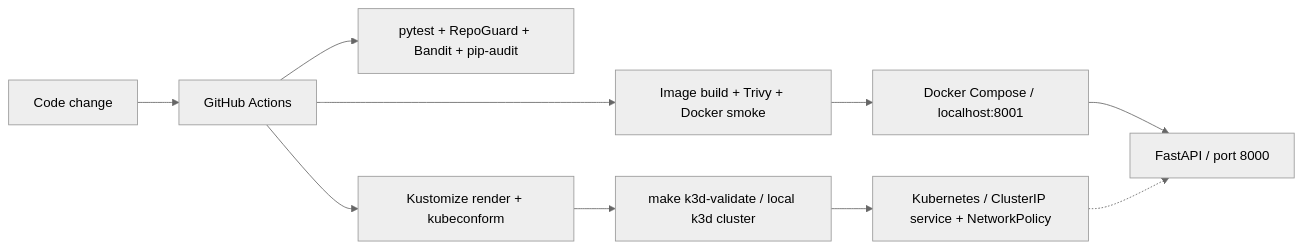
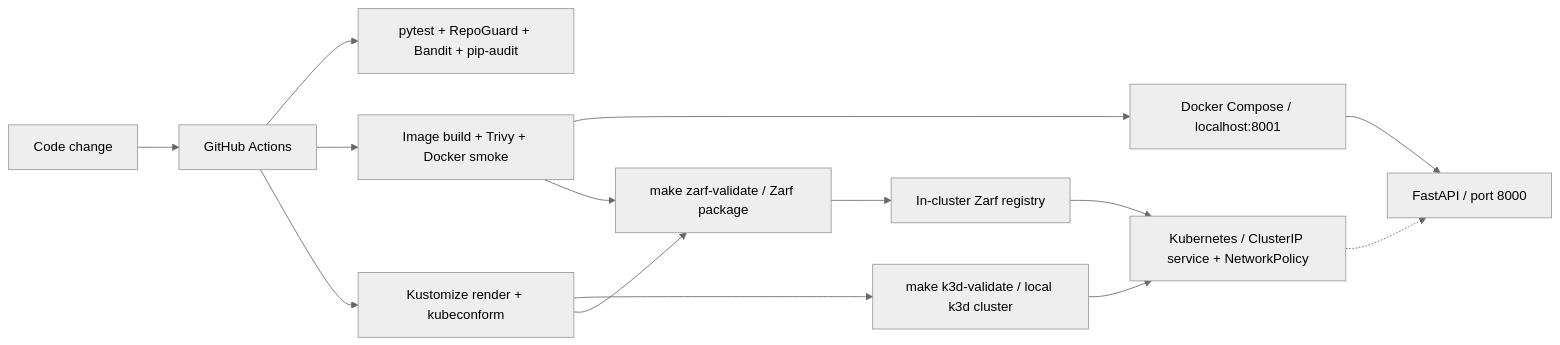
Before and after one commit to kev07hrndz-dot/platform-engineering-lab: the diagram in README.md, drawn with Mermaid (neutral theme). The commit also changed other lines of this file and 11 other files, not shown here.

First line of the commit message:
feat(zarf): package the service and validate delivery on k3d

````diff
--- a/README.md
+++ b/README.md
@@ -20,12 +21,16 @@
 ```mermaid
 flowchart LR
     Change[Code change] --> CI[GitHub Actions]
     CI --> Python[pytest + RepoGuard + Bandit + pip-audit]
     CI --> Container[Image build + Trivy + Docker smoke]
     CI --> Manifests[Kustomize render + kubeconform]
     Container --> Local[Docker Compose / localhost:8001]
     Local --> API[FastAPI / port 8000]
     Manifests --> K3d[make k3d-validate / local k3d cluster]
     K3d --> K8s[Kubernetes / ClusterIP service + NetworkPolicy]
     K8s -.-> API
+    Manifests --> Zarf[make zarf-validate / Zarf package]
+    Container --> Zarf
+    Zarf --> Registry[In-cluster Zarf registry]
+    Registry --> K8s
 ```
````
